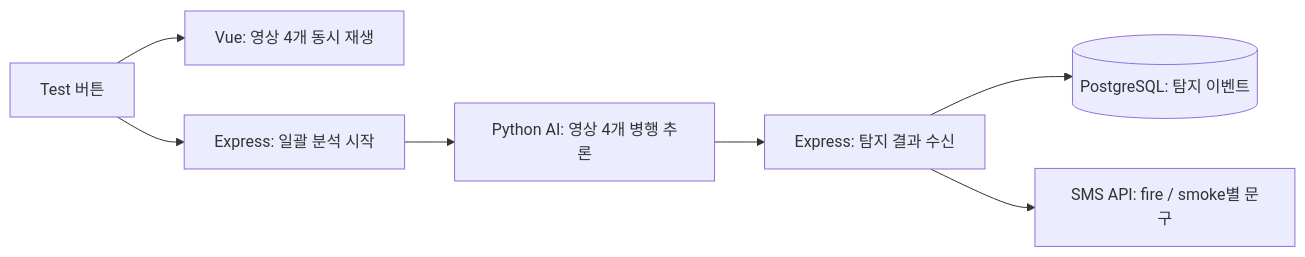
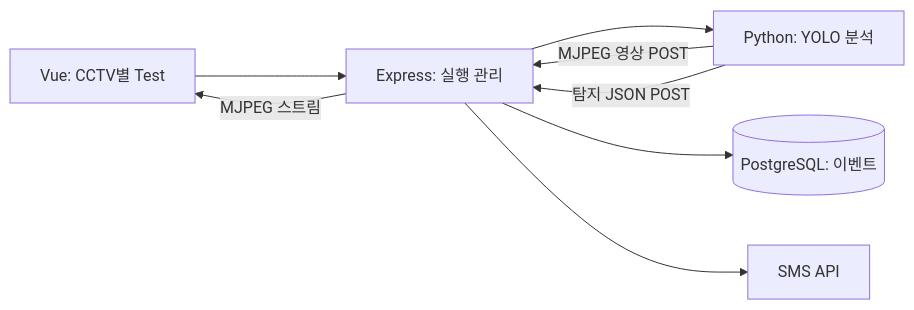
The diagram in docs/System_architecture.md (KNU-FireGuard/wildfire-detection-geolocation), drawn with Mermaid before and after one commit. The commit also changed other lines of this file and 17 other files, not shown here.

````diff
--- a/docs/System_architecture.md
+++ b/docs/System_architecture.md
@@ -7,9 +7,10 @@
 ```mermaid
 flowchart LR
-    B[Test 버튼] --> F[Vue: 영상 4개 동시 재생]
-    B --> E[Express: 일괄 분석 시작]
-    E --> A[Python AI: 영상 4개 병행 추론]
-    A --> D[Express: 탐지 결과 수신]
-    D --> DB[(PostgreSQL: 탐지 이벤트)]
-    D --> S[SMS API: fire / smoke별 문구]
+    F[Vue: CCTV별 Test] --> B[Express: 실행 관리]
+    B --> A[Python: YOLO 분석]
+    A -->|MJPEG 영상 POST| B
+    A -->|탐지 JSON POST| B
+    B -->|MJPEG 스트림| F
+    B --> DB[(PostgreSQL: 이벤트)]
+    B --> S[SMS API]
 ```
````
